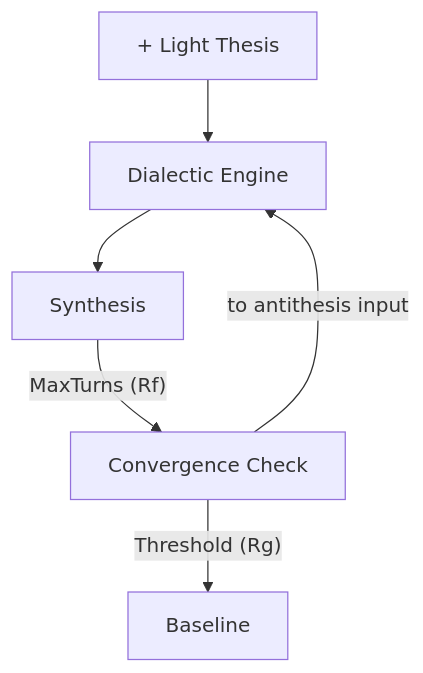
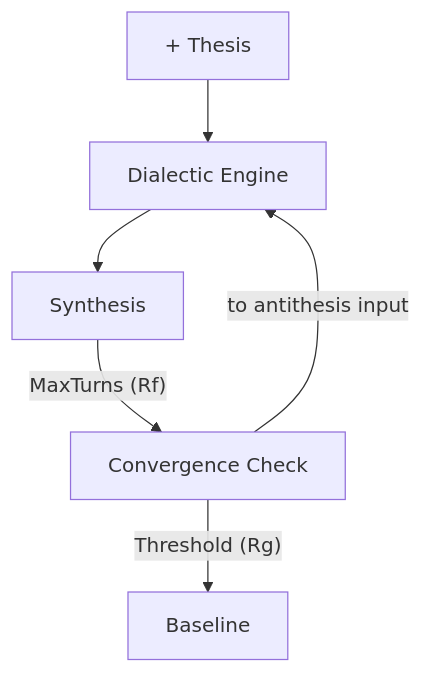
Before and after one commit to dpopsuev/origami: the ninth of 14 diagrams in .cursor/docs/case-studies/electronic-circuit-theory.md, drawn with Mermaid. The commit also changed other lines of this file and 24 other files, not shown here.

First line of the commit message:
refactor: rename Light/Shadow alignment to Thesis/Antithesis

````diff
--- a/.cursor/docs/case-studies/electronic-circuit-theory.md
+++ b/.cursor/docs/case-studies/electronic-circuit-theory.md
@@ -251,8 +251,8 @@
 ```mermaid
 flowchart TB
-    light["+ Light Thesis"] --> engine["Dialectic Engine"]
+    thesis["+ Thesis"] --> engine["Dialectic Engine"]
     engine --> synth["Synthesis"]
     synth -->|"MaxTurns (Rf)"| check["Convergence Check"]
     check -->|"to antithesis input"| engine
     check -->|"Threshold (Rg)"| baseline["Baseline"]
 ```
````
